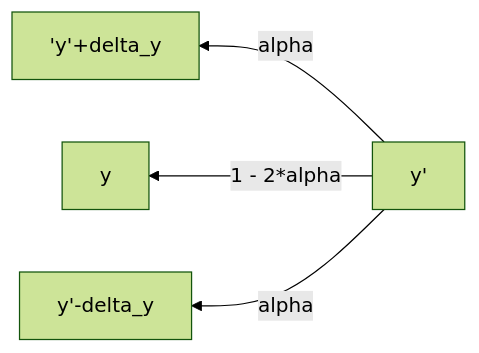
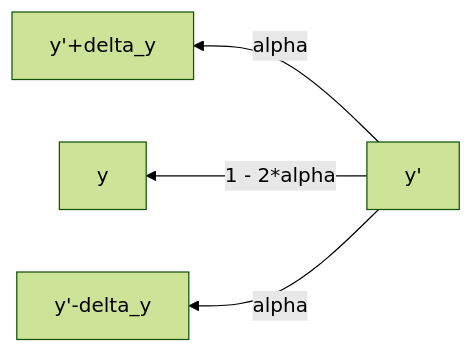
One commit to fderyckel/fderyckel.github.io changed the diagram in posts/quant-part1/trinomial-model/index.qmd. Above: the diagram before and after it, drawn with Mermaid (forest theme). The commit also changed other lines of this file and 22 other files, not shown here.

````diff
--- a/posts/quant-part1/trinomial-model/index.qmd
+++ b/posts/quant-part1/trinomial-model/index.qmd
@@ -28,6 +28,6 @@
 ```{mermaid}
 flowchart RL
-  y' -- alpha --> 'y'+delta_y
+  y' -- alpha --> y'+delta_y
   y' -- 1 - 2*alpha --> y
   y' -- alpha --> y'-delta_y
 ```
````
